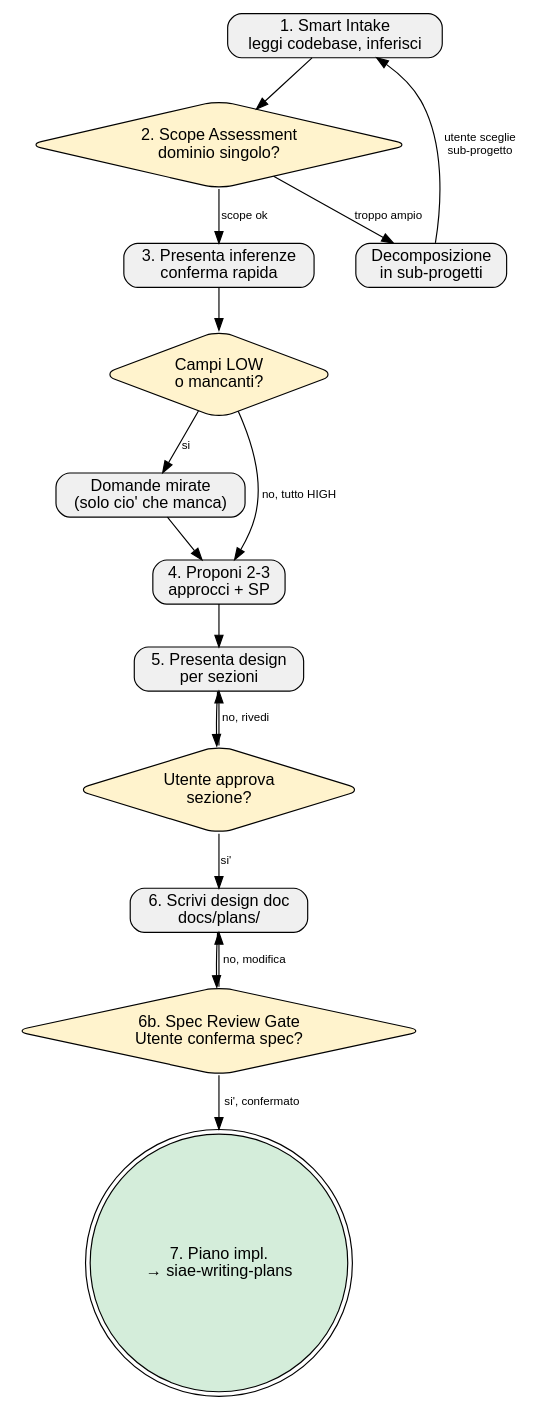
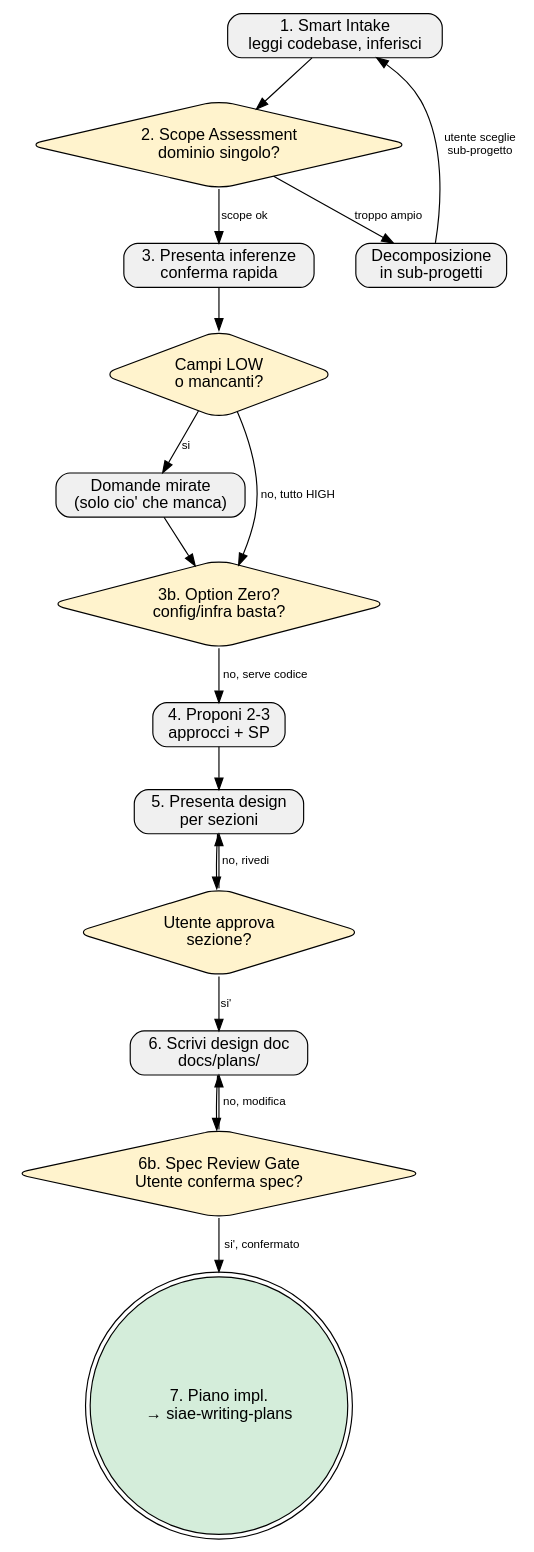
The diagram in skills/siae-brainstorming/SKILL.md (itsiae/siae-dev-forge), drawn with Graphviz before and after one commit. The commit also changed other lines of this file and 3 other files, not shown here.

````diff
--- a/skills/siae-brainstorming/SKILL.md
+++ b/skills/siae-brainstorming/SKILL.md
@@ -316,36 +366,38 @@
 ```dot
 digraph brainstorming {
     rankdir=TB;
     node [shape=box, style="rounded,filled", fillcolor="#f0f0f0", fontname="Helvetica"];
     edge [fontname="Helvetica", fontsize=10];
 
     intake [label="1. Smart Intake\nleggi codebase, inferisci"];
     scope [label="2. Scope Assessment\ndominio singolo?", shape=diamond, fillcolor="#fff3cd"];
     decompose [label="Decomposizione\nin sub-progetti"];
     confirm [label="3. Presenta inferenze\nconferma rapida"];
     need_questions [label="Campi LOW\no mancanti?", shape=diamond, fillcolor="#fff3cd"];
     ask [label="Domande mirate\n(solo cio' che manca)"];
+    option_zero [label="3b. Option Zero?\nconfig/infra basta?", shape=diamond, fillcolor="#fff3cd"];
     approaches [label="4. Proponi 2-3\napprocci + SP"];
     design [label="5. Presenta design\nper sezioni"];
     approve [label="Utente approva\nsezione?", shape=diamond, fillcolor="#fff3cd"];
     doc [label="6. Scrivi design doc\ndocs/plans/"];
     spec_gate [label="6b. Spec Review Gate\nUtente conferma spec?", shape=diamond, fillcolor="#fff3cd"];
     transition [label="7. Piano impl.\n→ siae-writing-plans", shape=doublecircle, fillcolor="#d4edda"];
 
     intake -> scope;
     scope -> decompose [label="troppo ampio"];
     scope -> confirm [label="scope ok"];
     decompose -> intake [label="utente sceglie\nsub-progetto"];
     confirm -> need_questions;
     need_questions -> ask [label="si"];
-    need_questions -> approaches [label="no, tutto HIGH"];
-    ask -> approaches;
+    need_questions -> option_zero [label="no, tutto HIGH"];
+    ask -> option_zero;
+    option_zero -> approaches [label="no, serve codice"];
     approaches -> design;
     design -> approve;
     approve -> design [label="no, rivedi"];
     approve -> doc [label="si'"];
     doc -> spec_gate;
     spec_gate -> doc [label="no, modifica"];
     spec_gate -> transition [label="si', confermato"];
 }
 ```
````
